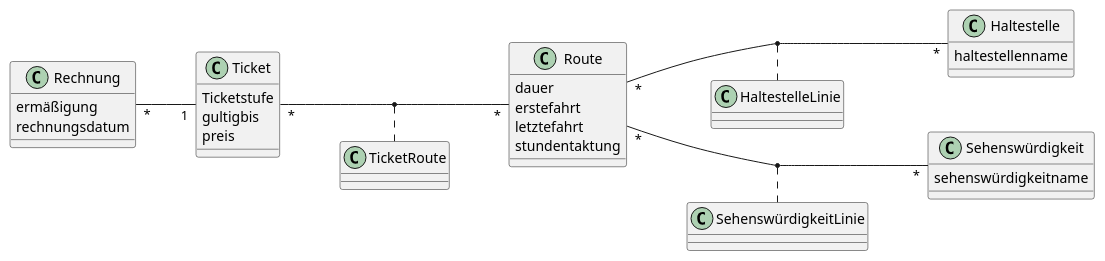
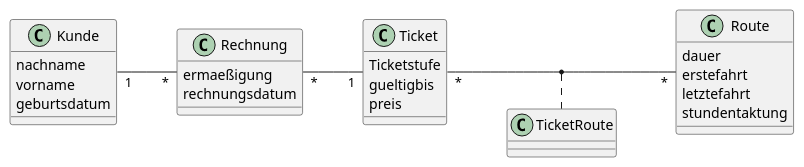
Before and after one commit to 2223-4bhitm-sew/01-microproject-eliasjust: the diagram in asciidocs/index.adoc, drawn with PlantUML. The commit also changed 1 other file, not shown here.

Commit message:
updated erd

```diff
--- a/asciidocs/index.adoc
+++ b/asciidocs/index.adoc
@@ -5,47 +5,39 @@
 [plantuml, class-diagram, svg]
 ----
 @startuml
 left to right direction
-
+class Kunde{
+nachname
+vorname
+geburtsdatum
+}
 class Ticket{
 Ticketstufe
-gultigbis
+gueltigbis
 preis
 }
 
 class Route{
 dauer
 erstefahrt
 letztefahrt
 stundentaktung
 }
 class Rechnung{
-ermäßigung
+ermaeßigung
 rechnungsdatum
 
 }
 
-class Haltestelle{
-haltestellenname
-}
-class Sehenswürdigkeit{
-sehenswürdigkeitname
-}
-class SehenswürdigkeitLinie{
 
-}
-class HaltestelleLinie{
 
-}
 
 class TicketRoute{}
 Rechnung "*" -- "1" Ticket
 Ticket "*" -- "*" Route
-Route "*" -- "*" Haltestelle
-Route "*" -- "*" Sehenswürdigkeit
+Kunde "1" -- "*" Rechnung
 
-(Route,Haltestelle) .. HaltestelleLinie
-(Route,Sehenswürdigkeit) .. SehenswürdigkeitLinie
+
 (Route,Ticket) .. TicketRoute
 @enduml
 ----
```
